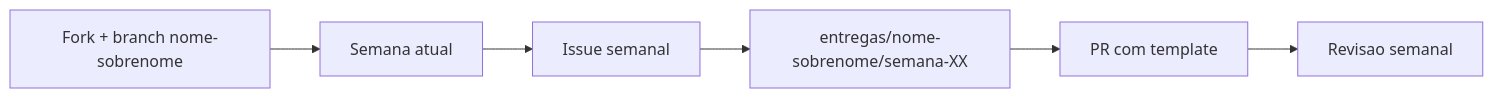
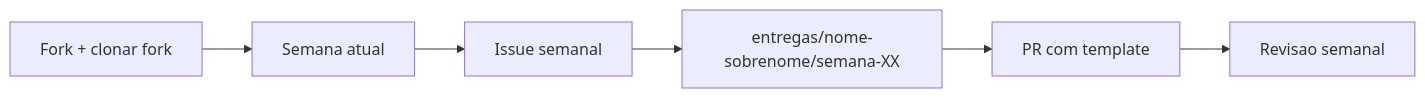
The first of 3 diagrams in docs/guia-do-aluno.md (1barizon/telemetry-trainee-program), drawn with Mermaid before and after one commit. The commit also changed other lines of this file and 18 other files, not shown here.

Commit message:
docs: remove a criacao de branch pessoal do fluxo (trabalhar no main do fork)

````diff
--- a/docs/guia-do-aluno.md
+++ b/docs/guia-do-aluno.md
@@ -13,8 +13,8 @@
 ```mermaid
 flowchart LR
-    A[Fork + branch nome-sobrenome] --> B[Semana atual]
+    A[Fork + clonar fork] --> B[Semana atual]
     B --> C[Issue semanal]
     C --> D[entregas/nome-sobrenome/semana-XX]
     D --> E[PR com template]
     E --> F[Revisao semanal]
 ```
````
